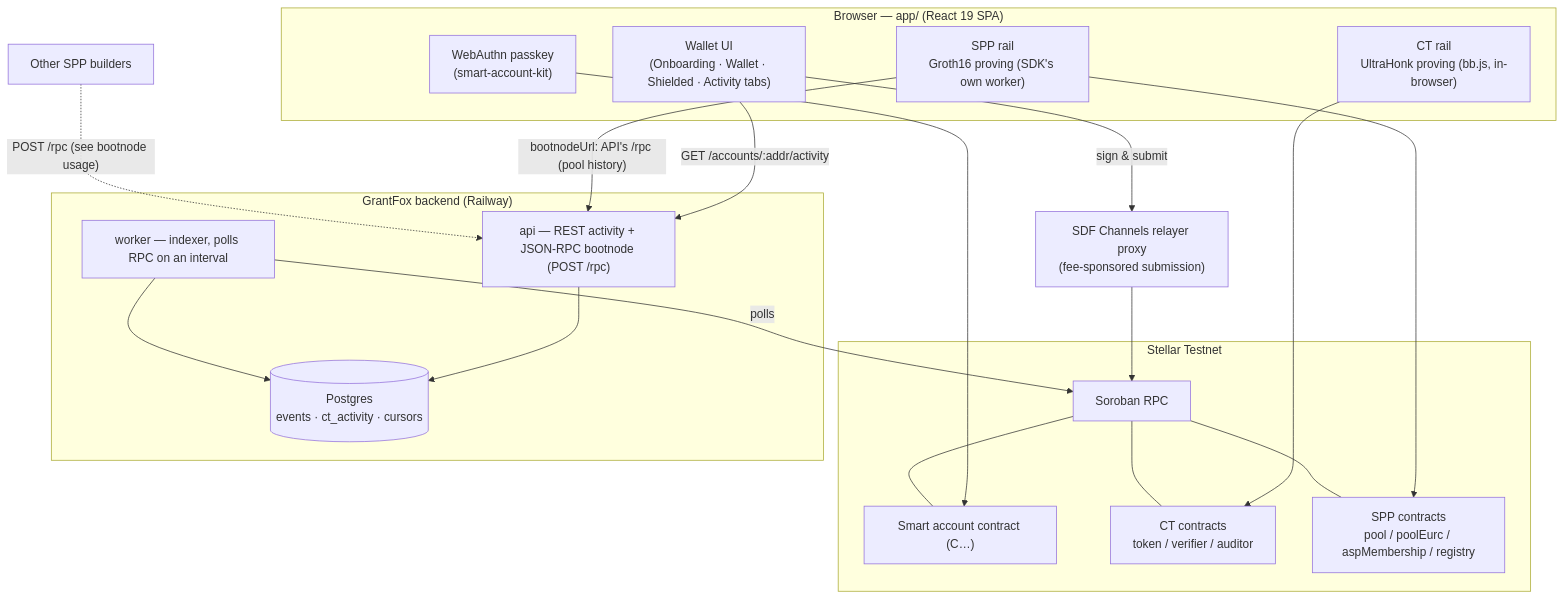
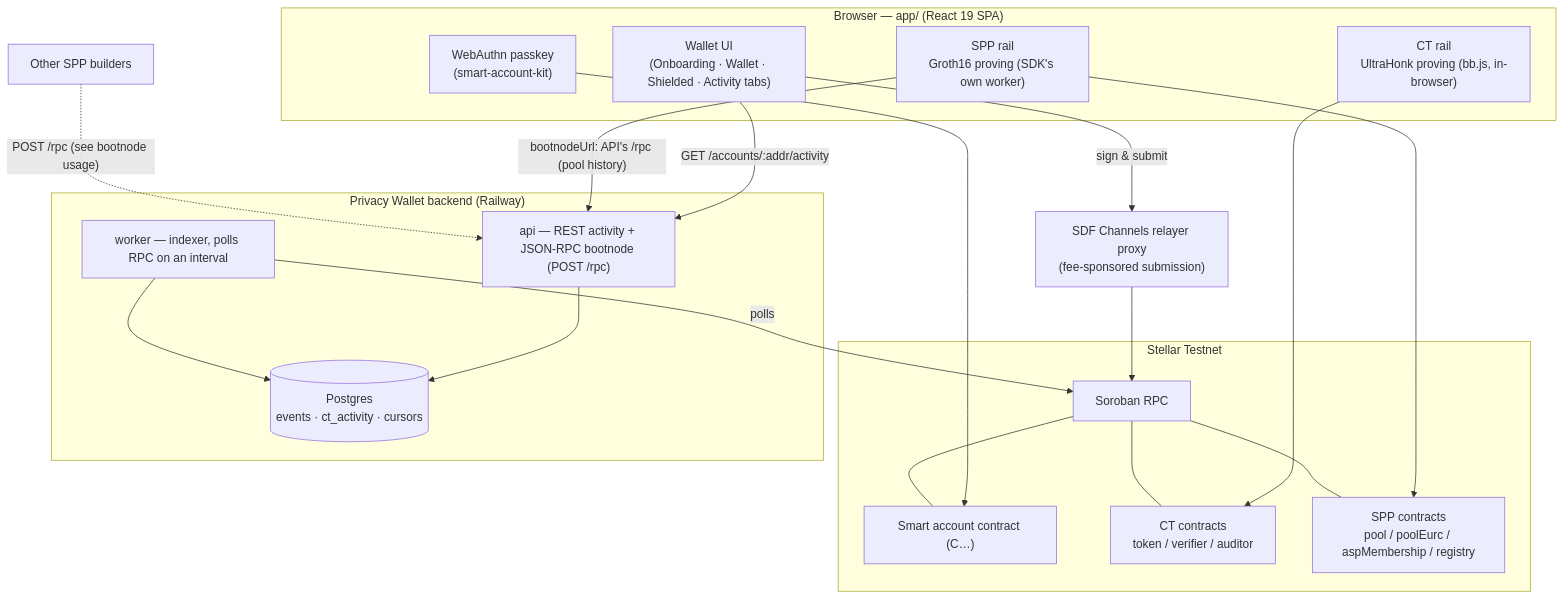
Before and after one commit to yripper/openzeppelin-stellar-privacy-wallet: the diagram in README.md, drawn with Mermaid. The commit also changed other lines of this file and 47 other files, not shown here.

First line of the commit message:
refactor: rename GrantFox to Privacy Wallet

````diff
--- a/README.md
+++ b/README.md
@@ -41,40 +41,40 @@
 ```mermaid
 flowchart TB
     subgraph Browser["Browser — app/ (React 19 SPA)"]
         UI["Wallet UI<br/>(Onboarding · Wallet · Shielded · Activity tabs)"]
         Passkey["WebAuthn passkey<br/>(smart-account-kit)"]
         CT["CT rail<br/>UltraHonk proving (bb.js, in-browser)"]
         SPP["SPP rail<br/>Groth16 proving (SDK's own worker)"]
     end
 
     subgraph Chain["Stellar Testnet"]
         SA["Smart account contract (C…)"]
         RPC["Soroban RPC"]
         CTC["CT contracts<br/>token / verifier / auditor"]
         SPPC["SPP contracts<br/>pool / poolEurc / aspMembership / registry"]
     end
 
     Relayer["SDF Channels relayer proxy<br/>(fee-sponsored submission)"]
 
-    subgraph Backend["GrantFox backend (Railway)"]
+    subgraph Backend["Privacy Wallet backend (Railway)"]
         API["api — REST activity + JSON-RPC bootnode (POST /rpc)"]
         Worker["worker — indexer, polls RPC on an interval"]
         DB[("Postgres<br/>events · ct_activity · cursors")]
     end
 
     Passkey --> SA
     UI -- sign & submit --> Relayer --> RPC
     CT --> CTC
     SPP --> SPPC
     RPC --- SA
     RPC --- CTC
     RPC --- SPPC
 
     UI -- "GET /accounts/:addr/activity" --> API
     SPP -- "bootnodeUrl: API's /rpc (pool history)" --> API
     API --> DB
     Worker -- polls --> RPC
     Worker --> DB
 
     OtherBuilder["Other SPP builders"] -. "POST /rpc (see bootnode usage)" .-> API
 ```
````
